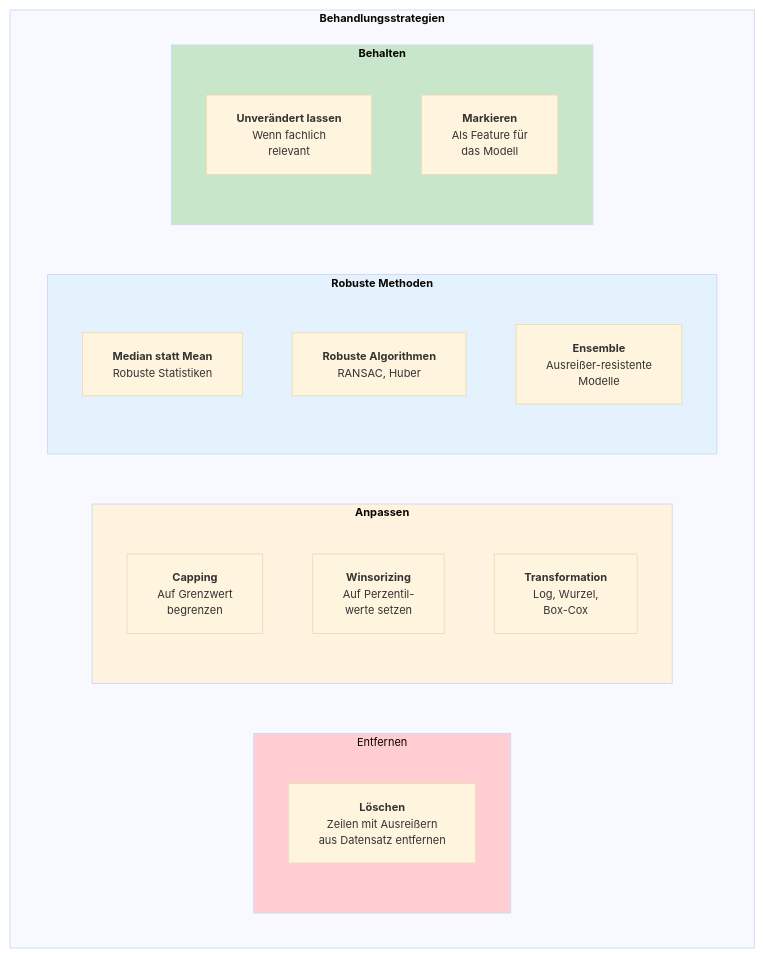
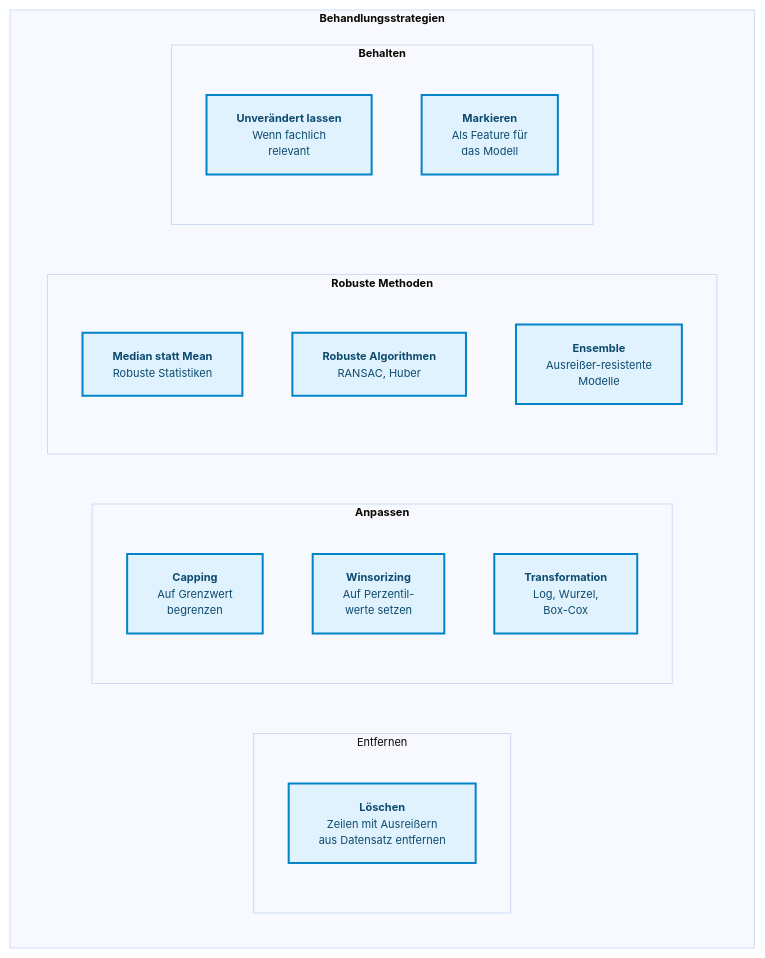
One commit to ralf-42/ML_Intro changed the fifth of 7 diagrams in docs/concepts/prepare/outlier.md. Above: the diagram before and after it, drawn with Mermaid. The commit also changed other lines of this file and 67 other files, not shown here.

````diff
--- a/docs/concepts/prepare/outlier.md
+++ b/docs/concepts/prepare/outlier.md
@@ -177,33 +178,30 @@
 ```mermaid
 %%{init: {'theme': 'base', 'themeVariables': {'fontSize': '11px'}}}%%
 flowchart TB
     subgraph strategien["<b>Behandlungsstrategien"]
         direction LR
 
         subgraph entfernen["Entfernen"]
             delete["<b>Löschen</b><br/>Zeilen mit Ausreißern<br/>aus Datensatz entfernen"]
         end
 
         subgraph anpassen["<b>Anpassen"]
             cap["<b>Capping</b><br/>Auf Grenzwert<br/>begrenzen"]
             winsor["<b>Winsorizing</b><br/>Auf Perzentil-<br/>werte setzen"]
             transform["<b>Transformation</b><br/>Log, Wurzel,<br/>Box-Cox"]
         end
 
         subgraph robust["<b>Robuste Methoden"]
             median_model["<b>Median statt Mean</b><br/>Robuste Statistiken"]
             robust_algo["<b>Robuste Algorithmen</b><br/>RANSAC, Huber"]
             ensemble["<b>Ensemble</b><br/>Ausreißer-resistente<br/>Modelle"]
         end
 
         subgraph behalten["<b>Behalten"]
             keep["<b>Unverändert lassen</b><br/>Wenn fachlich<br/>relevant"]
             flag["<b>Markieren</b><br/>Als Feature für<br/>das Modell"]
         end
     end
 
-    style entfernen fill:#ffcdd2
-    style anpassen fill:#fff3e0
-    style robust fill:#e3f2fd
-    style behalten fill:#c8e6c9
+classDef default fill:#e0f2fe,stroke:#0284c7,stroke-width:2px,color:#0c4a6e;
 ```
````
